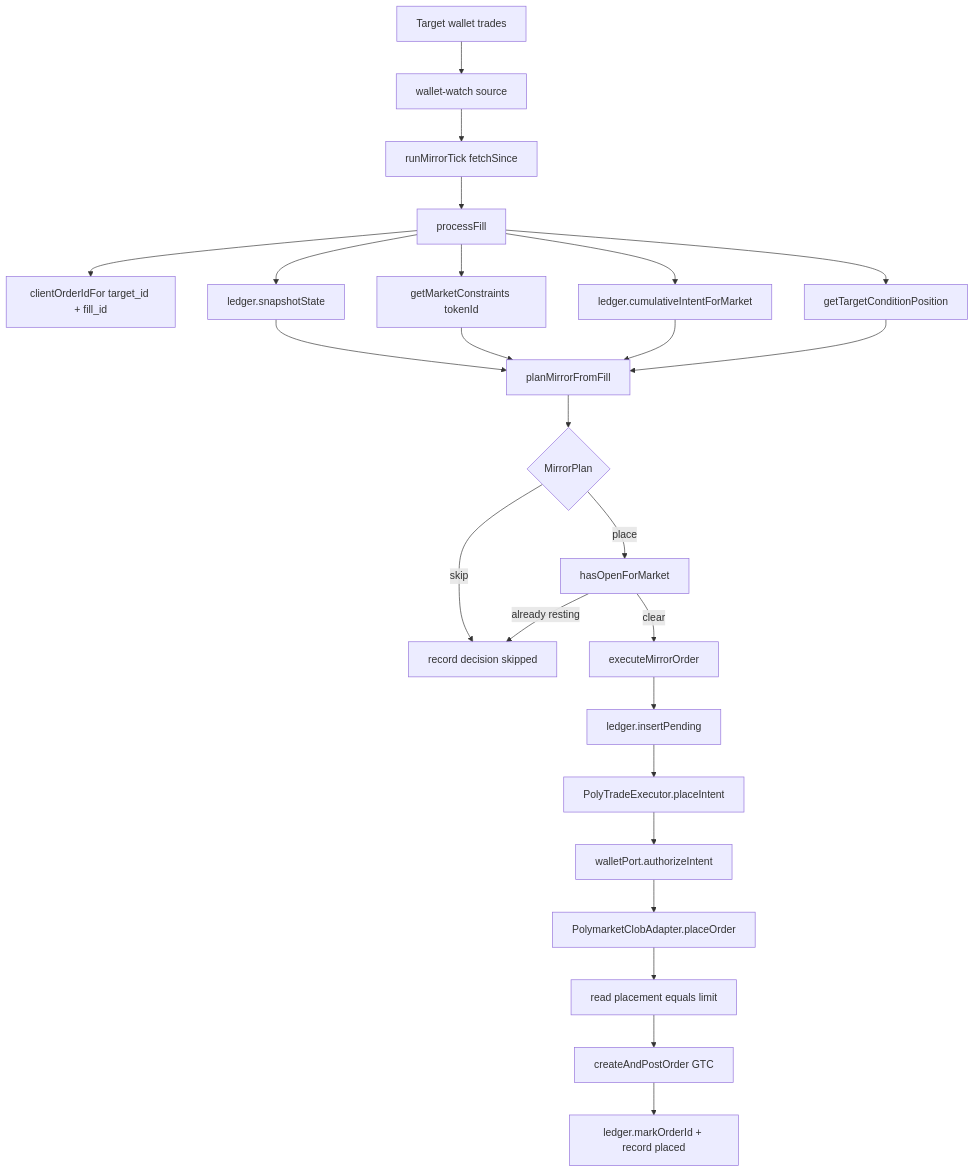
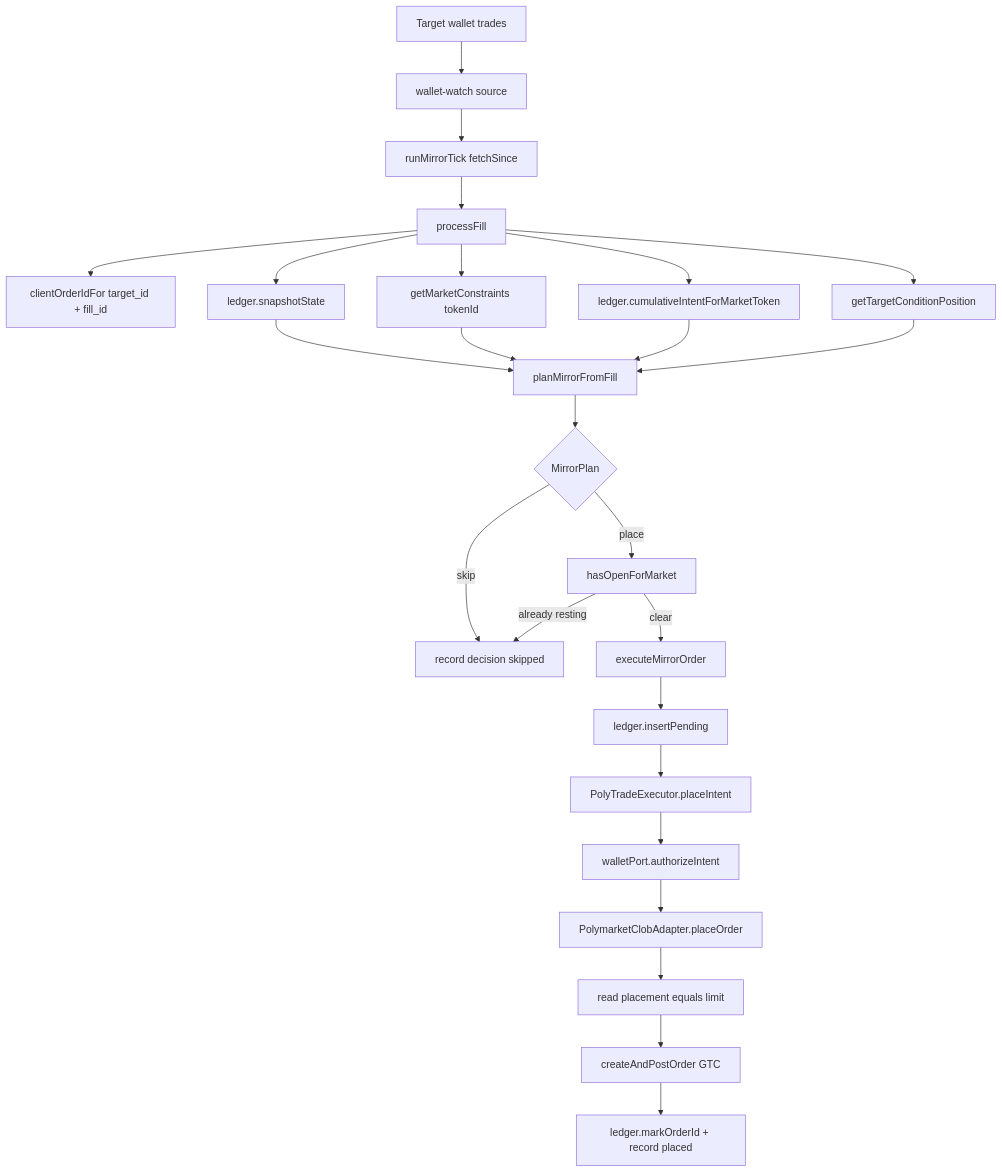
One commit to Cogni-DAO/cogni-poly changed the second of 6 diagrams in docs/spec/poly-copy-trade-execution.md. Above: the diagram before and after it, drawn with Mermaid. The commit also changed other lines of this file and 17 other files, not shown here.

````diff
--- a/docs/spec/poly-copy-trade-execution.md
+++ b/docs/spec/poly-copy-trade-execution.md
@@ -182,27 +182,27 @@
 ```mermaid
 flowchart TD
   A[Target wallet trades] --> B[wallet-watch source]
   B --> C[runMirrorTick fetchSince]
   C --> D[processFill]
   D --> E[clientOrderIdFor target_id + fill_id]
   D --> F[ledger.snapshotState]
   D --> G[getMarketConstraints tokenId]
-  D --> H[ledger.cumulativeIntentForMarket]
+  D --> H[ledger.cumulativeIntentForMarketToken]
   D --> I[getTargetConditionPosition]
   F --> J[planMirrorFromFill]
   G --> J
   H --> J
   I --> J
   J --> K{MirrorPlan}
   K -->|skip| L[record decision skipped]
   K -->|place| M[hasOpenForMarket]
   M -->|already resting| L
   M -->|clear| N[executeMirrorOrder]
   N --> O[ledger.insertPending]
   O --> P[PolyTradeExecutor.placeIntent]
   P --> Q[walletPort.authorizeIntent]
   Q --> R[PolymarketClobAdapter.placeOrder]
   R --> S[read placement equals limit]
   S --> T[createAndPostOrder GTC]
   T --> U[ledger.markOrderId + record placed]
 ```
````
